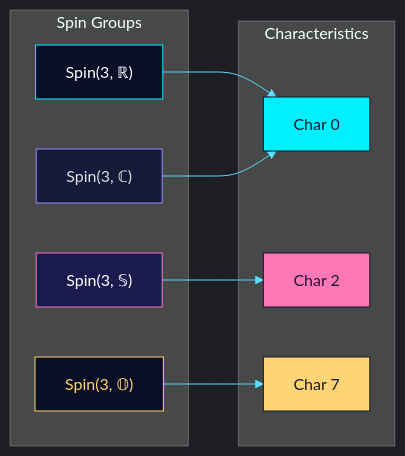
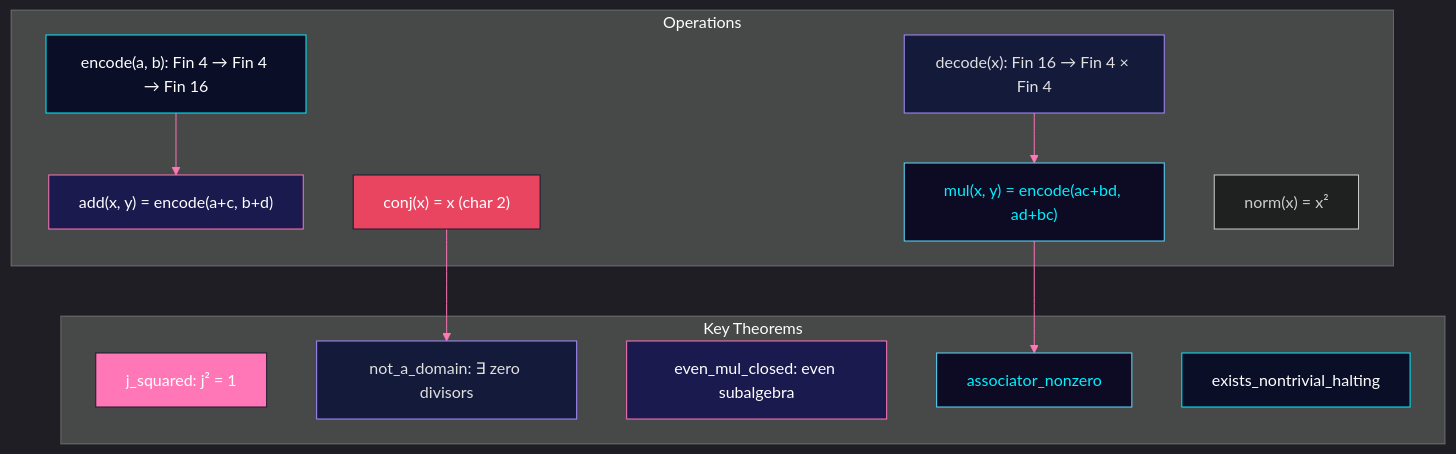
Before and after one commit to jesusvilela/lambda-sat-solver: diagram 12 of 21 in README.md, drawn with Mermaid. The commit also changed other lines of this file, not shown here.

````diff
--- a/README.md
+++ b/README.md
@@ -578,29 +659,36 @@
 ```mermaid
-%%{init: {'theme': 'dark', 'themeVariables': {'primaryColor': '#ff77b7', 'primaryTextColor': '#e0e0e0', 'primaryBorderColor': '#ffd475', 'lineColor': '#5bdbff'}}}%%
-graph LR
-    subgraph "Spin Groups"
-        S22["Spin(3, ℝ)"]
-        S2["Spin(3, ℂ)"]
-        S3["Spin(3, 𝕊)"]
-        S4["Spin(3, 𝕆)"]
+%%{init: {'theme': 'dark', 'themeVariables': {'primaryColor': '#00f0ff', 'primaryTextColor': '#e0e0e0', 'primaryBorderColor': '#a68cff', 'lineColor': '#ff77b7'}}}%%
+graph TB
+    subgraph "Operations"
+        OP1["encode(a, b): Fin 4 → Fin 4 → Fin 16"]
+        OP2["decode(x): Fin 16 → Fin 4 × Fin 4"]
+        OP3["add(x, y) = encode(a+c, b+d)"]
+        OP4["mul(x, y) = encode(ac+bd, ad+bc)"]
+        OP5["conj(x) = x (char 2)"]
+        OP6["norm(x) = x²"]
     end
 
-    subgraph "Characteristics"
-        C2["Char 0"]
-        C3["Char 2"]
-        C7["Char 7"]
+    subgraph "Key Theorems"
+        T1["j_squared: j² = 1"]
+        T2["not_a_domain: ∃ zero divisors"]
+        T3["even_mul_closed: even subalgebra"]
+        T4["associator_nonzero"]
+        T5["exists_nontrivial_halting"]
     end
 
-    S22 --> C2
-    S2 --> C2
-    S3 --> C3
-    S4 --> C7
+    OP1 --> OP3
+    OP2 --> OP4
+    OP5 --> T2
+    OP4 --> T4
 
-    style S22 fill:#0a0e27,stroke:#00f0ff,color:#fff
-    style S2 fill:#131a3a,stroke:#a68cff,color:#e0e0e0
-    style S3 fill:#1a1a4e,stroke:#ff77b7,color:#fff
-    style S4 fill:#0a0e27,stroke:#ffd475,color:#ffd475
-    style C2 fill:#00f0ff,stroke:#1a1a2e,color:#1a1a2e
-    style C3 fill:#ff77b7,stroke:#1a1a2e,color:#1a1a2e
-    style C7 fill:#ffd475,stroke:#1a1a2e,color:#1a1a2e
+    style OP1 fill:#0a0e27,stroke:#00f0ff,color:#fff
+    style OP2 fill:#131a3a,stroke:#a68cff,color:#e0e0e0
+    style OP3 fill:#1a1a4e,stroke:#ff77b7,color:#fff
+    style OP4 fill:#0d0a23,stroke:#5bdbff,color:#00f0ff
+    style OP5 fill:#e94560,stroke:#1a1a2e,color:#fff
+    style T1 fill:#ff77b7,stroke:#1a1a2e,color:#fff
+    style T2 fill:#131a3a,stroke:#a68cff,color:#e0e0e0
+    style T3 fill:#1a1a4e,stroke:#ff77b7,color:#fff
+    style T4 fill:#0d0a23,stroke:#5bdbff,color:#00f0ff
+    style T5 fill:#0a0e27,stroke:#00f0ff,color:#fff
 ```
````
